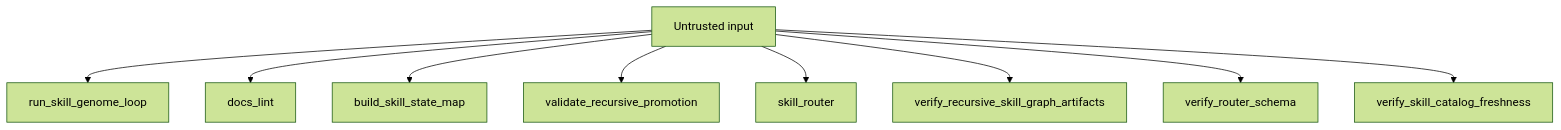
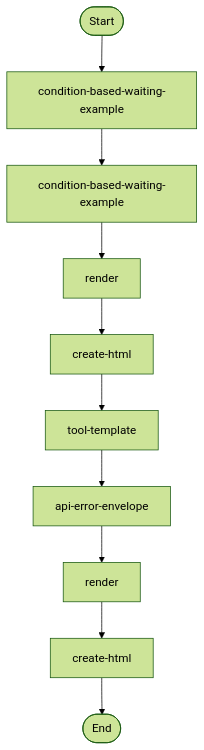
The seventh of 10 diagrams in .diagram/context/diagram-context.md (jscraik/Agent-Skills), drawn with Mermaid (forest theme) before and after one commit. The commit also changed other lines of this file and 14 other files, not shown here.

Commit message:
fix: restore authoritative diagram-context and fix CI diagram refresh. - Used npx --yes for diagram cli mapping to fix ERR_PNPM_NO_PACKAGE - Let refresh-diagram-context.sh regenerate diagram-context.md natively - Ignored .diagram/context/refresh.log Fixes CI integration boundary breakage.

````diff
--- a/.diagram/context/diagram-context.md
+++ b/.diagram/context/diagram-context.md
@@ -108,13 +3559,23 @@
 ```mermaid
 flowchart TD
-  Untrusted["Untrusted input"]
-  Untrusted --> run_skill_genome_loop["run_skill_genome_loop"]
-  Untrusted --> docs_lint["docs_lint"]
-  Untrusted --> build_skill_state_map["build_skill_state_map"]
-  Untrusted --> validate_recursive_promotion["validate_recursive_promotion"]
-  Untrusted --> skill_router["skill_router"]
-  Untrusted --> verify_recursive_skill_graph_artifacts["verify_recursive_skill_graph_artifacts"]
-  Untrusted --> verify_router_schema["verify_router_schema"]
-  Untrusted --> verify_skill_catalog_freshness["verify_skill_catalog_freshness"]
-  classDef securityNode fill:#dc2626,color:#fff
+  Start(["Start"])
+  condition_based_waiting_example_ac329690["condition-based-waiting-example"]
+  Start --> condition_based_waiting_example_ac329690
+  condition_based_waiting_example_1_6e56cf4d["condition-based-waiting-example"]
+  condition_based_waiting_example_ac329690 --> condition_based_waiting_example_1_6e56cf4d
+  render_887270d0["render"]
+  condition_based_waiting_example_1_6e56cf4d --> render_887270d0
+  create_html_c2843377["create-html"]
+  render_887270d0 --> create_html_c2843377
+  tool_template_74b2d502["tool-template"]
+  create_html_c2843377 --> tool_template_74b2d502
+  api_error_envelope_fc8693a0["api-error-envelope"]
+  tool_template_74b2d502 --> api_error_envelope_fc8693a0
+  render_1_9c3937b1["render"]
+  api_error_envelope_fc8693a0 --> render_1_9c3937b1
+  create_html_1_6cf26863["create-html"]
+  render_1_9c3937b1 --> create_html_1_6cf26863
+  End(["End"])
+  create_html_1_6cf26863 --> End
+
 ```
````
